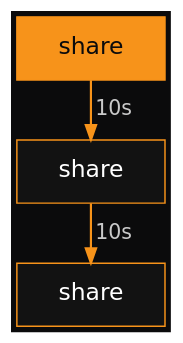
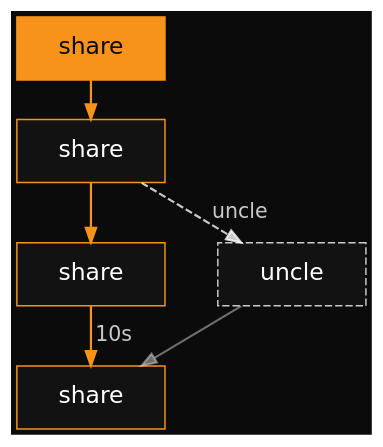
One commit to p2poolv2/docs changed the second of 16 diagrams in presentations/2026-btcpp-berlin-payments/slides.adoc. Above: the diagram before and after it, drawn with Graphviz. The commit also changed other lines of this file and 1 other file, not shown here.

```diff
--- a/presentations/2026-btcpp-berlin-payments/slides.adoc
+++ b/presentations/2026-btcpp-berlin-payments/slides.adoc
@@ -158,19 +200,33 @@
 [graphviz, intro-sharechain, svg]
 ....
 digraph intro_sharechain {
   bgcolor="#0B0B0C"
   fontname="DejaVu Sans"
   node [shape=box, style=filled, fillcolor="#121212", color="#F7931A",
         fontname="DejaVu Sans", fontsize=16, fontcolor="#FFFFFF",
         width=1.9, height=0.6, fixedsize=true]
   edge [color="#F7931A", fontcolor="#FFFFFFC7", fontname="DejaVu Sans",
         fontsize=14, penwidth=1.5]
   rankdir=BT
-  nodesep=0.3
+  newrank=true
+  nodesep=0.5
   ranksep=0.35
-  s1 [label="share", width=1.4]
-  s2 [label="share", width=1.4]
-  s3 [label="share", width=1.4, fillcolor="#F7931A", fontcolor="#0B0B0C"]
-  s1 -> s2 -> s3 [dir=back, label=" 10s"]
+  s1 [label="share", width=1.4, group=main]
+  s2 [label="share", width=1.4, group=main]
+  s3 [label="share", width=1.4, group=main]
+  s4 [label="share", width=1.4, group=main, fillcolor="#F7931A",
+      fontcolor="#0B0B0C"]
+  u [label="uncle", width=1.4, color="#FFFFFFC7", style="filled,dashed"]
+
+  // Main chain, tip at the top; each share points back to its parent.
+  s1 -> s2 [dir=back, label=" 10s", weight=10]
+  s2 -> s3 -> s4 [dir=back, weight=10]
+
+  // A share found at the same time as s2 becomes an uncle, and a later
+  // share references it so its work still earns.
+  s1 -> u [dir=back, color="#FFFFFF66"]
+  {rank=same; s2; u}
+  s3 -> u [style=dashed, color="#FFFFFFC7", constraint=false,
+           label=" uncle"]
 }
 ....
```
